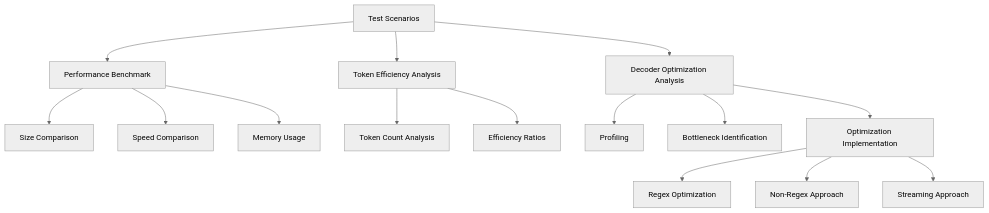
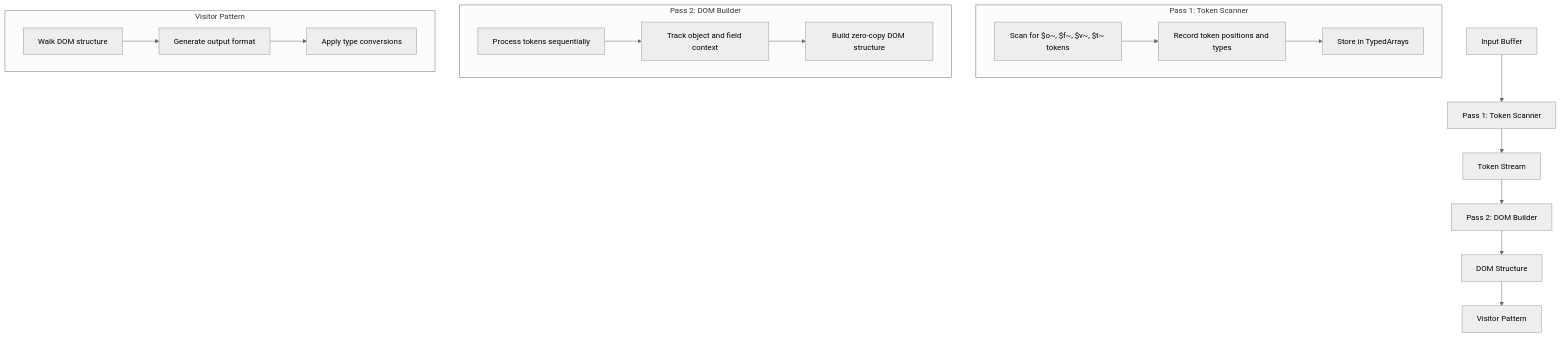
One commit to LadislavSopko/lsf changed the second of 2 diagrams in .memory-bank/systemPatterns.md. Above: the diagram before and after it, drawn with Mermaid (neutral theme). The commit also changed other lines of this file and 56 other files, not shown here.

````diff
--- a/.memory-bank/systemPatterns.md
+++ b/.memory-bank/systemPatterns.md
@@ -159,21 +23,32 @@
 ```mermaid
-graph TD
-    A[Test Scenarios] --> B[Performance Benchmark]
-    A --> C[Token Efficiency Analysis]
-    A --> D[Decoder Optimization Analysis]
+flowchart TD
+    START[Input Buffer] --> PASS1[Pass 1: Token Scanner]
+    PASS1 --> TOKENS[Token Stream]
+    TOKENS --> PASS2[Pass 2: DOM Builder]
+    PASS2 --> DOM[DOM Structure]
+    DOM --> VISITOR[Visitor Pattern]
     
-    B --> E[Size Comparison]
-    B --> F[Speed Comparison]
-    B --> G[Memory Usage]
+    subgraph "Pass 1: Token Scanner"
+        TS1[Scan for $o~, $f~, $v~, $t~ tokens]
+        TS2[Record token positions and types]
+        TS3[Store in TypedArrays]
+        
+        TS1 --> TS2 --> TS3
+    end
     
-    C --> H[Token Count Analysis]
-    C --> I[Efficiency Ratios]
+    subgraph "Pass 2: DOM Builder"
+        DB1[Process tokens sequentially]
+        DB2[Track object and field context]
+        DB3[Build zero-copy DOM structure]
+        
+        DB1 --> DB2 --> DB3
+    end
     
-    D --> J[Profiling]
-    D --> K[Bottleneck Identification]
-    D --> L[Optimization Implementation]
-    
-    L --> M[Regex Optimization]
-    L --> N[Non-Regex Approach]
-    L --> O[Streaming Approach]
+    subgraph "Visitor Pattern"
+        VP1[Walk DOM structure]
+        VP2[Generate output format]
+        VP3[Apply type conversions]
+        
+        VP1 --> VP2 --> VP3
+    end
 ```
````
